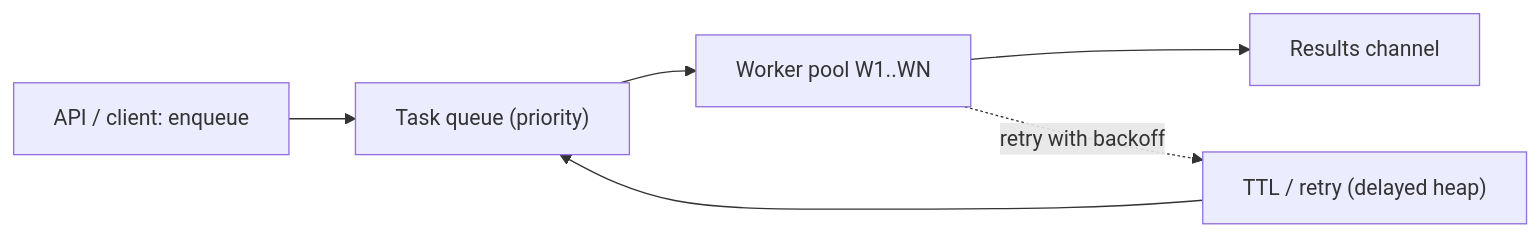
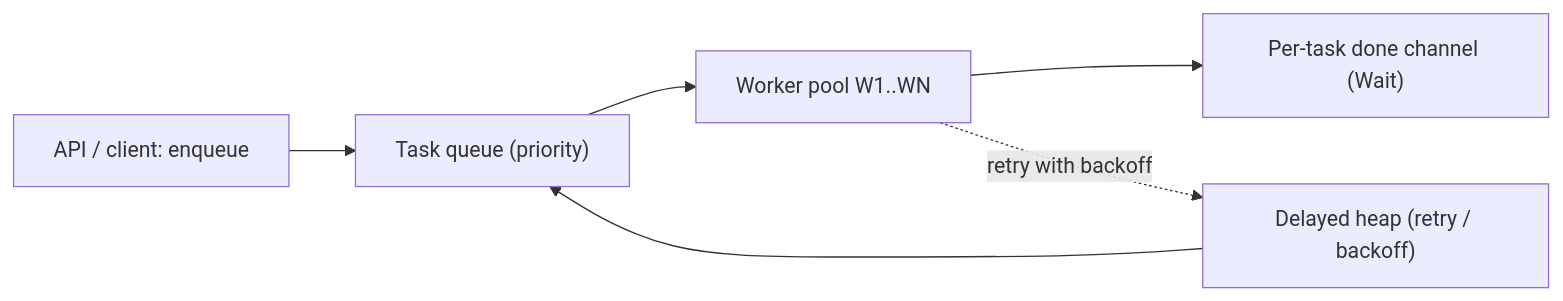
The first of 4 diagrams in golang-low-level-design/task-queue/HIGH_LEVEL_DESIGN.md (CpBruceMeena/interview-prep), drawn with Mermaid before and after one commit. The commit also changed other lines of this file and 12 other files, not shown here.

````diff
--- a/golang-low-level-design/task-queue/HIGH_LEVEL_DESIGN.md
+++ b/golang-low-level-design/task-queue/HIGH_LEVEL_DESIGN.md
@@ -43,8 +43,8 @@
 ```mermaid
 flowchart LR
   C["API / client: enqueue"] --> Q["Task queue (priority)"]
   Q --> W["Worker pool W1..WN"]
-  W --> R["Results channel"]
-  W -. "retry with backoff" .-> T["TTL / retry (delayed heap)"]
+  W --> R["Per-task done channel (Wait)"]
+  W -. "retry with backoff" .-> T["Delayed heap (retry / backoff)"]
   T --> Q
 ```
````
